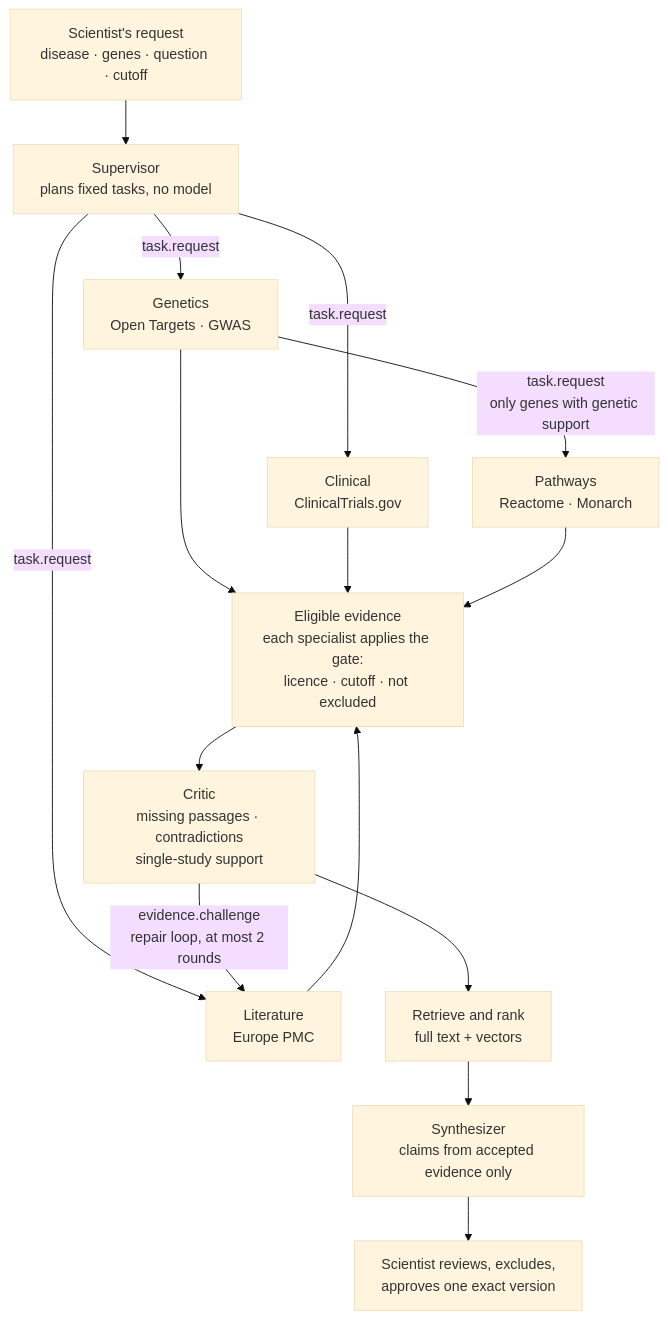
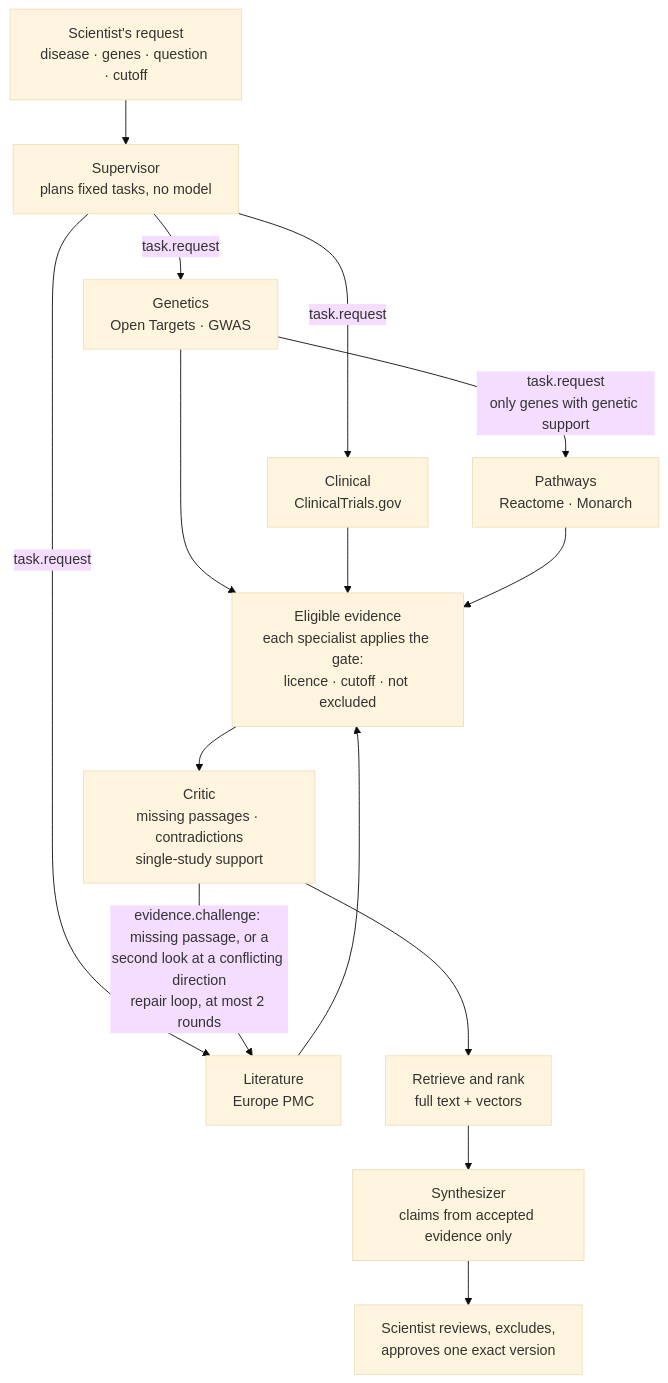
Before and after one commit to Tevaalgorithms/BioNexus-AI: the second of 3 diagrams in README.md, drawn with Mermaid (base theme). The commit also changed other lines of this file and 10 other files, not shown here.

First line of the commit message:
Critic second look: re-read a conflicting, model-read direction on the full passage

````diff
--- a/README.md
+++ b/README.md
@@ -119,17 +119,17 @@
 ```mermaid
 flowchart TB
     REQ["Scientist's request<br/>disease · genes · question · cutoff"] --> SUP["Supervisor<br/>plans fixed tasks, no model"]
     SUP -- "task.request" --> GEN["Genetics<br/>Open Targets · GWAS"]
     SUP -- "task.request" --> LIT["Literature<br/>Europe PMC"]
     SUP -- "task.request" --> CLI["Clinical<br/>ClinicalTrials.gov"]
     GEN -- "task.request<br/>only genes with genetic support" --> PATH["Pathways<br/>Reactome · Monarch"]
     GEN --> EV["Eligible evidence<br/>each specialist applies the gate:<br/>licence · cutoff · not excluded"]
     LIT --> EV
     CLI --> EV
     PATH --> EV
     EV --> CRIT["Critic<br/>missing passages · contradictions<br/>single-study support"]
-    CRIT -- "evidence.challenge<br/>repair loop, at most 2 rounds" --> LIT
+    CRIT -- "evidence.challenge: missing passage, or a<br/>second look at a conflicting direction<br/>repair loop, at most 2 rounds" --> LIT
     CRIT --> RANK["Retrieve and rank<br/>full text + vectors"]
     RANK --> SYN["Synthesizer<br/>claims from accepted evidence only"]
     SYN --> REV["Scientist reviews, excludes,<br/>approves one exact version"]
 ```
````
